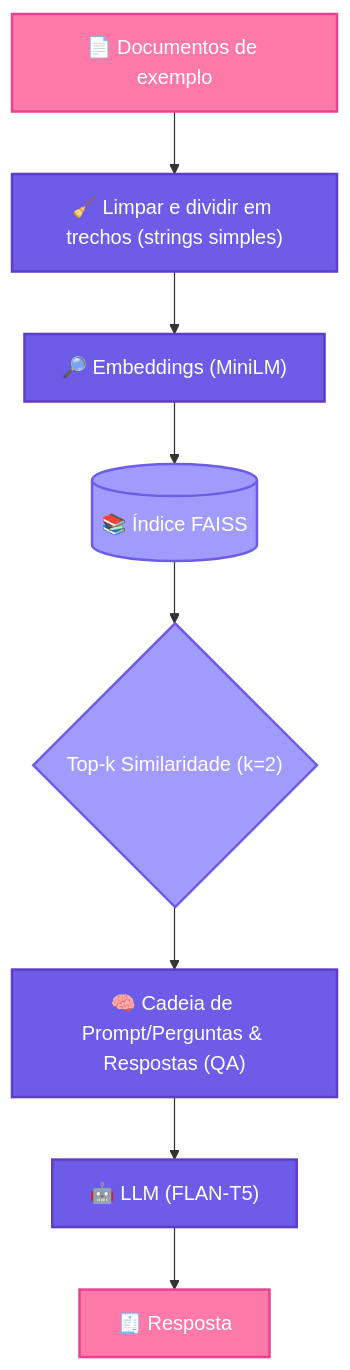
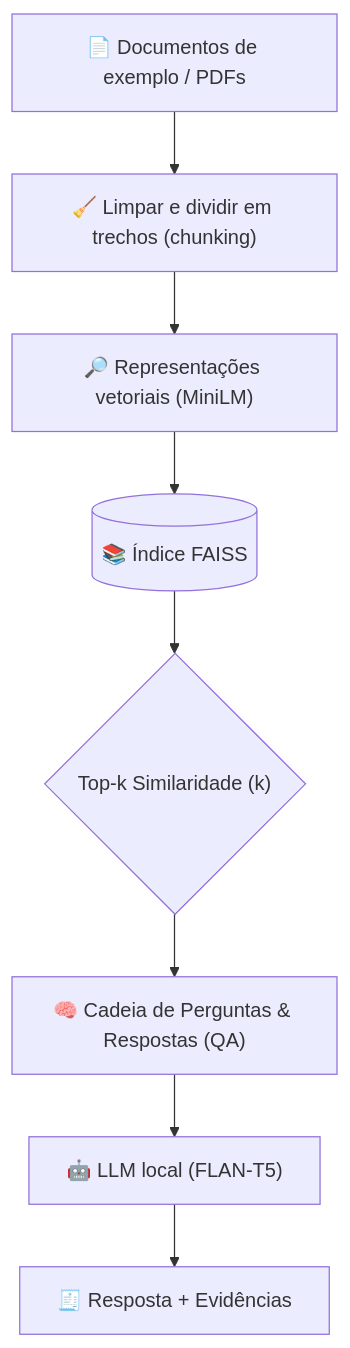
Before and after one commit to bcmaymonegalvao/pipeline-rag-langchain: the diagram in README.md, drawn with Mermaid. The commit also changed other lines of this file, not shown here.

````diff
--- a/README.md
+++ b/README.md
@@ -71,19 +149,10 @@
 ```mermaid
 flowchart TB
-    A["📄 Documentos de exemplo"] --> B["🧹 Limpar e dividir em trechos (strings simples)"]
-    B --> C["🔎 Embeddings (MiniLM)"]
+    A["📄 Documentos de exemplo / PDFs"] --> B["🧹 Limpar e dividir em trechos (chunking)"]
+    B --> C["🔎 Representações vetoriais (MiniLM)"]
     C --> D[("📚 Índice FAISS")]
-    D --> E{"Top-k Similaridade (k=2)"}
-    E --> F["🧠 Cadeia de Prompt/Perguntas & Respostas (QA)"]
-    F --> G["🤖 LLM (FLAN-T5)"]
-    G --> H["🧾 Resposta"]
-    
-    classDef primary fill:#6c5ce7,stroke:#5f3dc4,stroke-width:2px,color:#fff
-    classDef secondary fill:#a29bfe,stroke:#6c5ce7,stroke-width:2px,color:#fff
-    classDef accent fill:#fd79a8,stroke:#e84393,stroke-width:2px,color:#fff
-    classDef success fill:#00b894,stroke:#00a085,stroke-width:2px,color:#fff
-    
-    class A,H accent
-    class B,C,F,G primary
-    class D,E secondary
+    D --> E{"Top-k Similaridade (k)"} 
+    E --> F["🧠 Cadeia de Perguntas & Respostas (QA)"]
+    F --> G["🤖 LLM local (FLAN-T5)"]
+    G --> H["🧾 Resposta + Evidências"]
 ```
````
